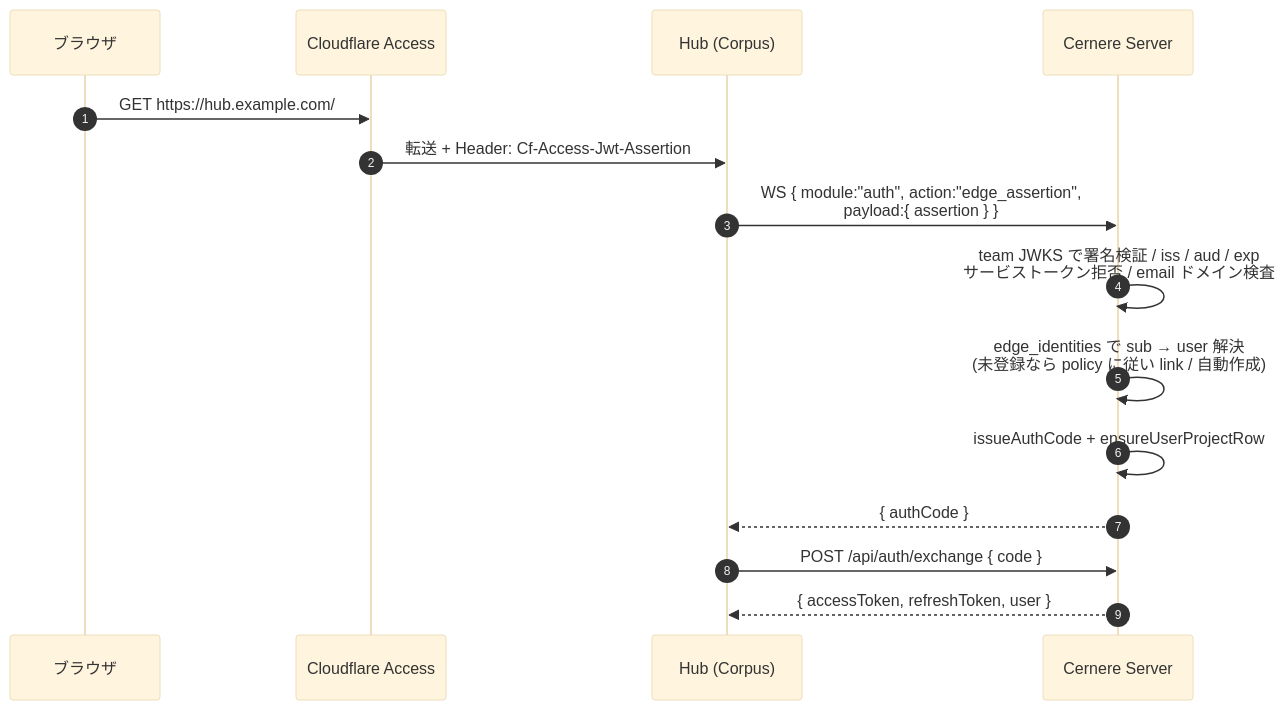
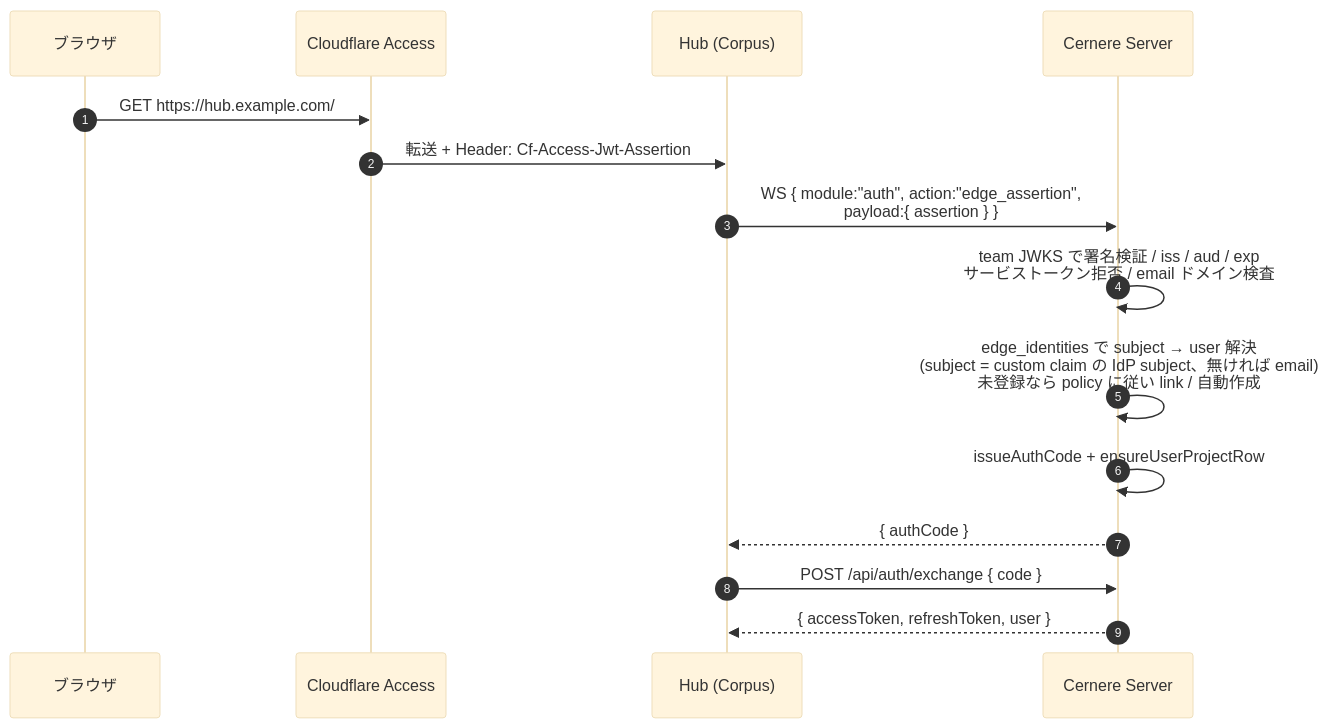
The sixth of 9 diagrams in spec/interface/auth-flows.md (LUDIARS/Cernere), drawn with Mermaid (base theme) before and after one commit. The commit also changed other lines of this file and 2 other files, not shown here.

Commit message:
fix(spec): 紐付けキーを CF の sub から上流 IdP の subject へ訂正
Cloudflare のドキュメント確認により、CF Access の `sub` は「アカウント内で email
ごとに一意」であり、ユーザの削除→再追加や別組織ログインで値が変わることが判明した。
初版に書いた「メールアドレス変更でも不変なのでキーに使える」は誤りだった。

- 紐付けキーを custom OIDC claim 経由の上流 IdP subject (Google=sub / Entra=oid) に変更。
  未設定時は email フォールバック、CF の sub は監査用に降格 (edge_identities.cf_sub)
- edge_idp_bindings に subject_claim を追加
- name は JWT の標準 claim ではない旨を明記し、表示名の解決順を
  custom.name → get-identity → email ローカル部 に修正
- get-identity (§5.3) を追加。Hub が CF_Authorization クッキーで取得して payload に
  添えるが、署名が無いため Cernere は認可判断に使わない (回帰テストも追加)
- custom claim は Cookie サイズ制限で約 1KB にトリムされる点を setup に明記
- 上流 IdP の client_id / access_token は origin に届かないことを明記

Claude-Session: https://claude.ai/code/session_015cTp2gApYDGrD2oug6uV4N

````diff
--- a/spec/interface/auth-flows.md
+++ b/spec/interface/auth-flows.md
@@ -219,18 +219,18 @@
 ```mermaid
 sequenceDiagram
     autonumber
     participant U as ブラウザ
     participant CF as Cloudflare Access
     participant SS as Hub (Corpus)
     participant CS as Cernere Server
 
     U->>CF: GET https://hub.example.com/
     CF->>SS: 転送 + Header: Cf-Access-Jwt-Assertion
     SS->>CS: WS { module:"auth", action:"edge_assertion",<br/>  payload:{ assertion } }
     CS->>CS: team JWKS で署名検証 / iss / aud / exp<br/>サービストークン拒否 / email ドメイン検査
-    CS->>CS: edge_identities で sub → user 解決<br/>(未登録なら policy に従い link / 自動作成)
+    CS->>CS: edge_identities で subject → user 解決<br/>(subject = custom claim の IdP subject、無ければ email)<br/>未登録なら policy に従い link / 自動作成
     CS->>CS: issueAuthCode + ensureUserProjectRow
     CS-->>SS: { authCode }
     SS->>CS: POST /api/auth/exchange { code }
     CS-->>SS: { accessToken, refreshToken, user }
 ```
````
